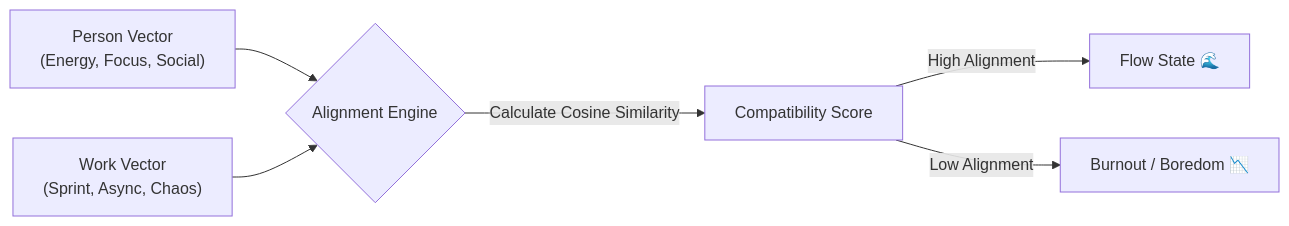
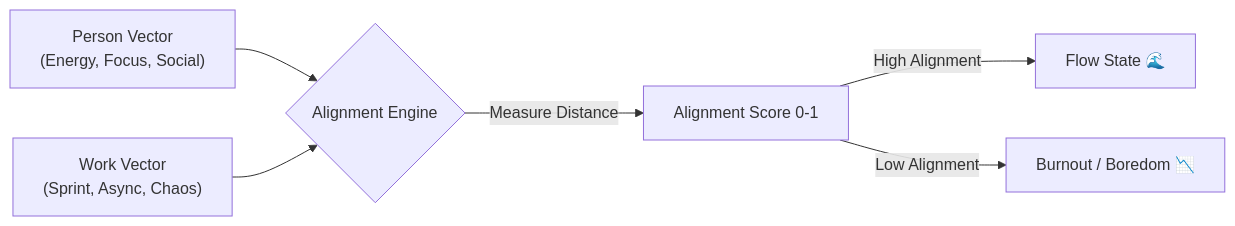
One commit to DevAaronJeong/continuum-protocol changed the diagram in README.md. Above: the diagram before and after it, drawn with Mermaid. The commit also changed other lines of this file and 1 other file, not shown here.

First line of the commit message:
fix: Remove cosine similarity references from diagrams

````diff
--- a/README.md
+++ b/README.md
@@ -19,8 +19,8 @@
 ```mermaid
 graph LR
     A["Person Vector<br/>(Energy, Focus, Social)"] --> C{Alignment Engine}
     B["Work Vector<br/>(Sprint, Async, Chaos)"] --> C
-    C -->|Calculate Cosine Similarity| D[Compatibility Score]
+    C -->|Measure Distance| D[Alignment Score 0-1]
     D -->|High Alignment| E[Flow State 🌊]
     D -->|Low Alignment| F[Burnout / Boredom 📉]
 ```
````
